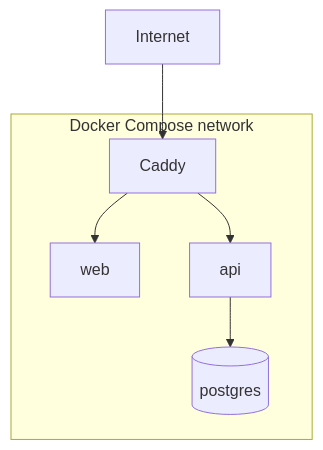
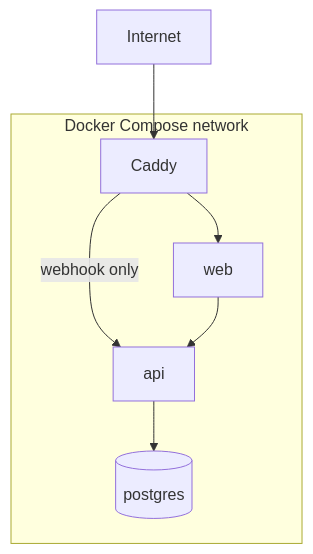
The seventh of 7 diagrams in docs/architecture.md (guilhermedecastrogt/ai-personal-cfo), drawn with Mermaid before and after one commit. The commit also changed other lines of this file and 46 other files, not shown here.

````diff
--- a/docs/architecture.md
+++ b/docs/architecture.md
@@ -268,9 +268,10 @@
 ```mermaid
 flowchart TD
     Internet --> Caddy
     subgraph Compose[Docker Compose network]
         Caddy --> web
-        Caddy --> api
+        Caddy -->|webhook only| api
+        web --> api
         api --> postgres[(postgres)]
     end
 ```
````
